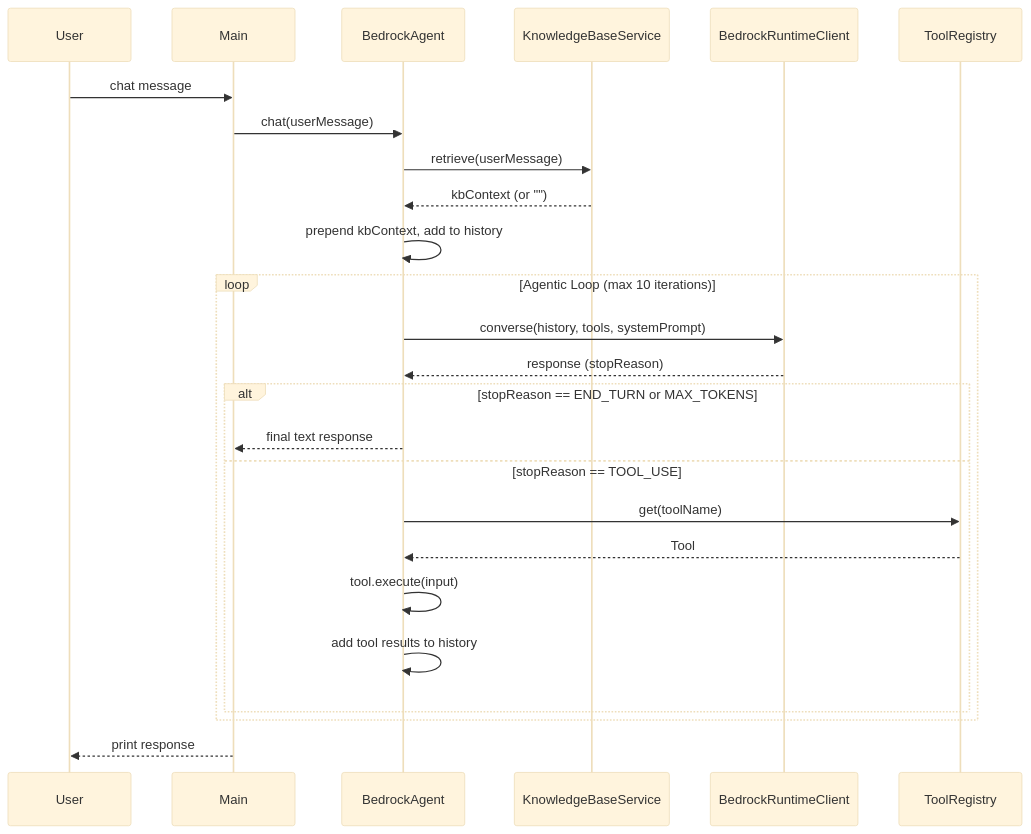
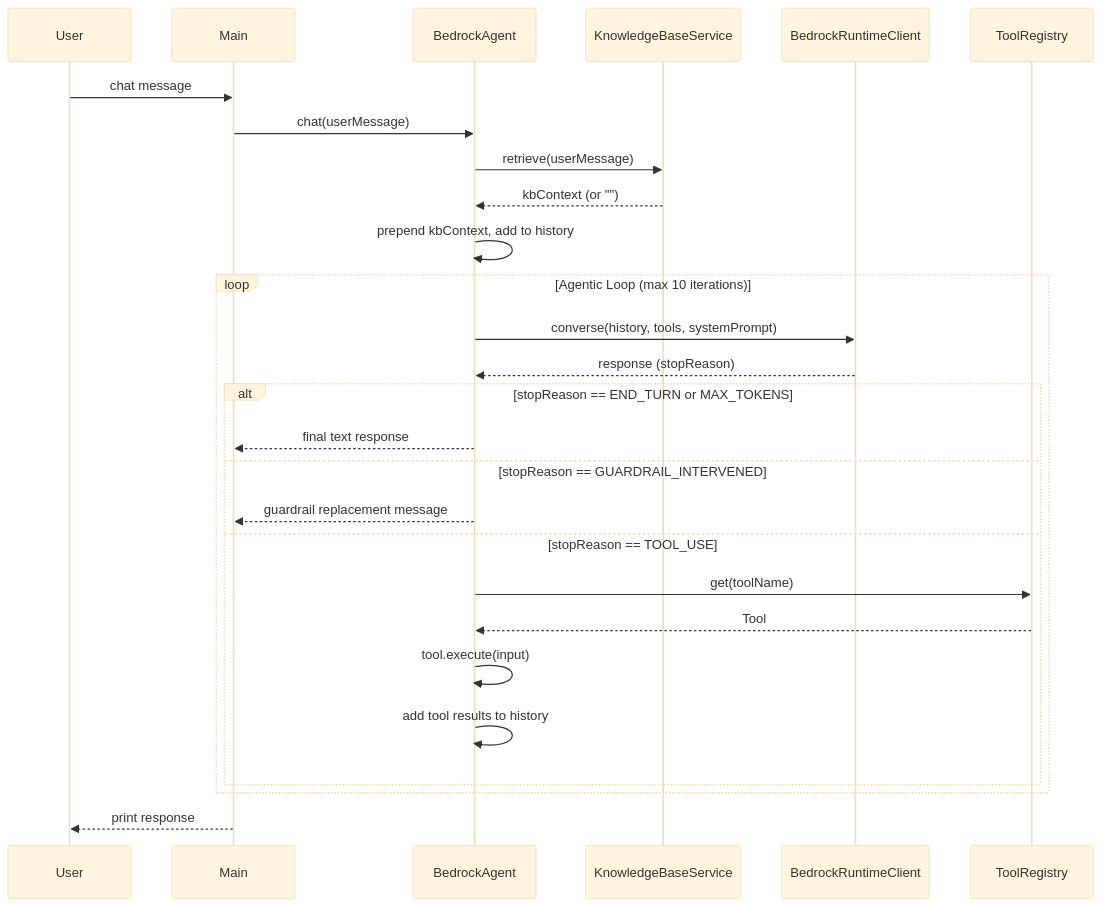
One commit to pvadlakonda/bedrock-java-agent changed the second of 2 diagrams in .kiro/specs/bedrock-java-agent/design.md. Above: the diagram before and after it, drawn with Mermaid (base theme). The commit also changed other lines of this file and 10 other files, not shown here.

````diff
--- a/.kiro/specs/bedrock-java-agent/design.md
+++ b/.kiro/specs/bedrock-java-agent/design.md
@@ -47,28 +47,30 @@
 ```mermaid
 sequenceDiagram
     participant User
     participant Main
     participant BedrockAgent
     participant KnowledgeBaseService
     participant BedrockRuntimeClient
     participant ToolRegistry
 
     User->>Main: chat message
     Main->>BedrockAgent: chat(userMessage)
     BedrockAgent->>KnowledgeBaseService: retrieve(userMessage)
     KnowledgeBaseService-->>BedrockAgent: kbContext (or "")
     BedrockAgent->>BedrockAgent: prepend kbContext, add to history
     loop Agentic Loop (max 10 iterations)
         BedrockAgent->>BedrockRuntimeClient: converse(history, tools, systemPrompt)
         BedrockRuntimeClient-->>BedrockAgent: response (stopReason)
         alt stopReason == END_TURN or MAX_TOKENS
             BedrockAgent-->>Main: final text response
+        else stopReason == GUARDRAIL_INTERVENED
+            BedrockAgent-->>Main: guardrail replacement message
         else stopReason == TOOL_USE
             BedrockAgent->>ToolRegistry: get(toolName)
             ToolRegistry-->>BedrockAgent: Tool
             BedrockAgent->>BedrockAgent: tool.execute(input)
             BedrockAgent->>BedrockAgent: add tool results to history
         end
     end
     Main-->>User: print response
 ```
````
